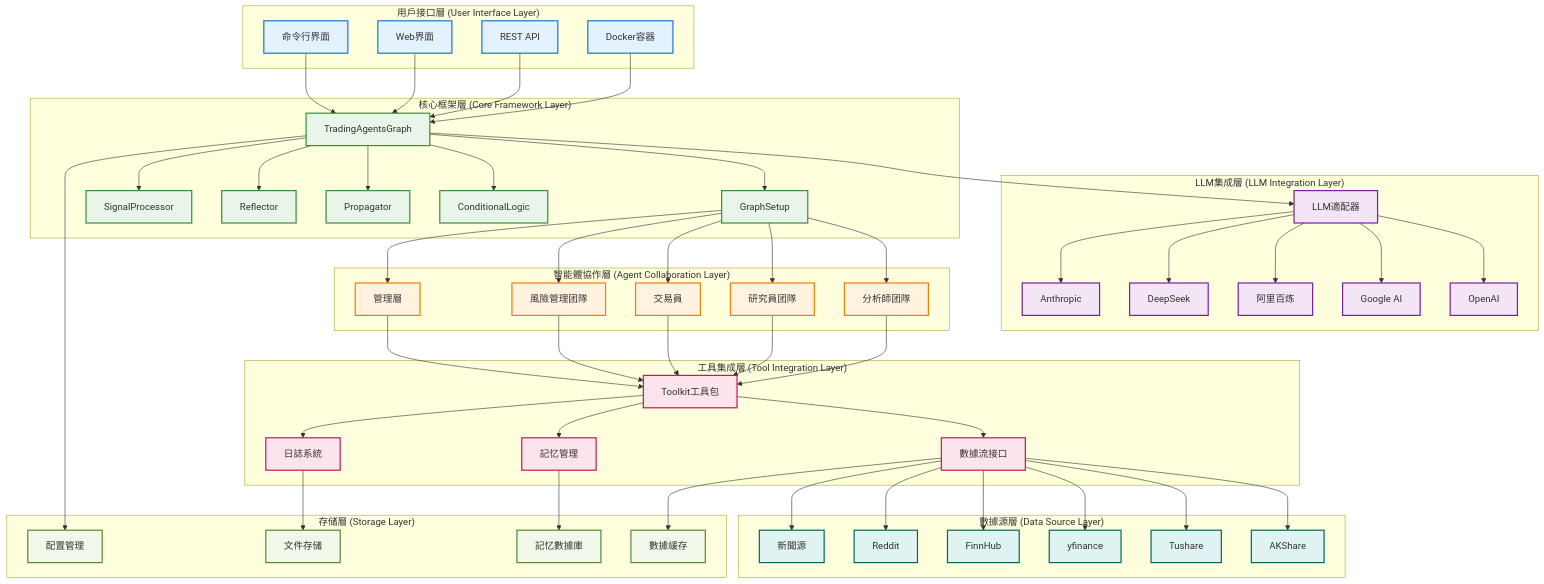
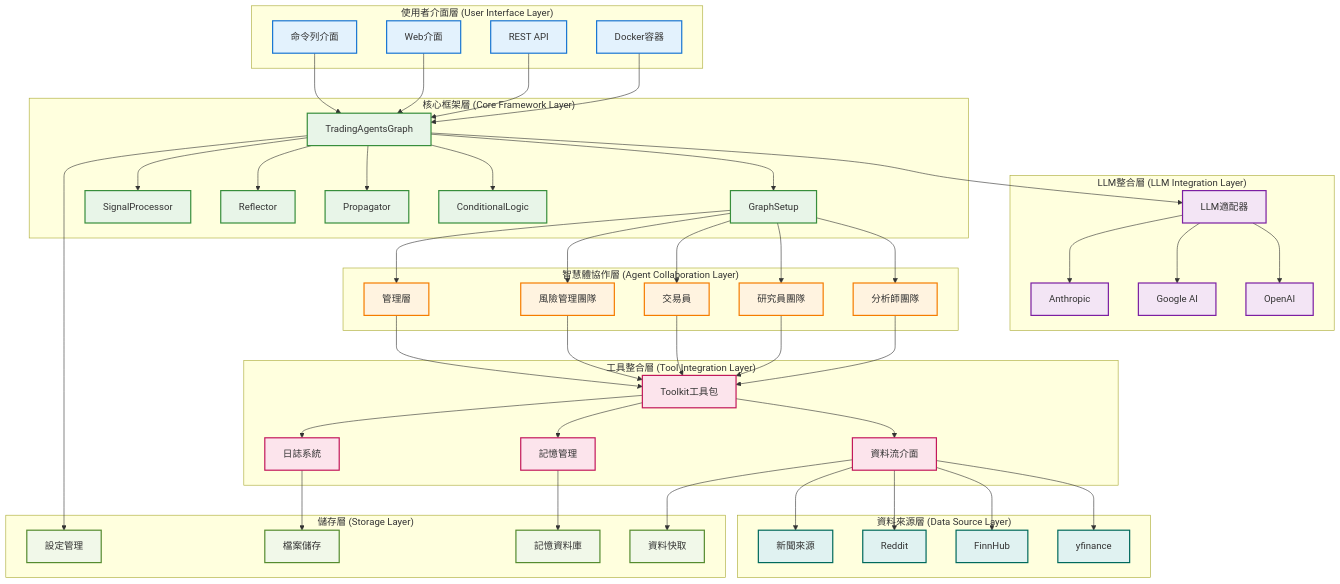
Before and after one commit to aiinpocket/TradingAgents-CN: the first of 2 diagrams in docs/architecture/v0.1.13/system-architecture.md, drawn with Mermaid. The commit also changed other lines of this file and 277 other files, not shown here.

````diff
--- a/docs/architecture/v0.1.13/system-architecture.md
+++ b/docs/architecture/v0.1.13/system-architecture.md
@@ -20,21 +20,19 @@
 ```mermaid
 graph TB
-    subgraph "用戶接口層 (User Interface Layer)"
-        CLI[命令行界面]
-        WEB[Web界面]
+    subgraph "使用者介面層 (User Interface Layer)"
+        CLI[命令列介面]
+        WEB[Web介面]
         API[REST API]
         DOCKER[Docker容器]
     end
-    
-    subgraph "LLM集成層 (LLM Integration Layer)"
+
+    subgraph "LLM整合層 (LLM Integration Layer)"
         OPENAI[OpenAI]
         GOOGLE[Google AI]
-        DASHSCOPE[阿里百炼]
-        DEEPSEEK[DeepSeek]
         ANTHROPIC[Anthropic]
         ADAPTERS[LLM適配器]
     end
-    
+
     subgraph "核心框架層 (Core Framework Layer)"
         GRAPH[TradingAgentsGraph]
         SETUP[GraphSetup]
@@ -43,85 +41,79 @@
         REFLECTOR[Reflector]
         SIGNAL[SignalProcessor]
     end
-    
-    subgraph "智能體協作層 (Agent Collaboration Layer)"
-        ANALYSTS[分析師团隊]
-        RESEARCHERS[研究員团隊]
+
+    subgraph "智慧體協作層 (Agent Collaboration Layer)"
+        ANALYSTS[分析師團隊]
+        RESEARCHERS[研究員團隊]
         TRADER[交易員]
-        RISKMGMT[風險管理团隊]
+        RISKMGMT[風險管理團隊]
         MANAGERS[管理層]
     end
-    
-    subgraph "工具集成層 (Tool Integration Layer)"
+
+    subgraph "工具整合層 (Tool Integration Layer)"
         TOOLKIT[Toolkit工具包]
-        DATAFLOW[數據流接口]
-        MEMORY[記忆管理]
+        DATAFLOW[資料流介面]
+        MEMORY[記憶管理]
         LOGGING[日誌系統]
     end
-    
-    subgraph "數據源層 (Data Source Layer)"
-        AKSHARE[AKShare]
-        TUSHARE[Tushare]
+
+    subgraph "資料來源層 (Data Source Layer)"
         YFINANCE[yfinance]
         FINNHUB[FinnHub]
         REDDIT[Reddit]
-        NEWS[新聞源]
+        NEWS[新聞來源]
     end
-    
-    subgraph "存储層 (Storage Layer)"
-        CACHE[數據緩存]
-        FILES[文件存储]
-        MEMORY_DB[記忆數據庫]
-        CONFIG[配置管理]
+
+    subgraph "儲存層 (Storage Layer)"
+        CACHE[資料快取]
+        FILES[檔案儲存]
+        MEMORY_DB[記憶資料庫]
+        CONFIG[設定管理]
     end
-    
-    %% 連接關系
+
+    %% 連接關係
     CLI --> GRAPH
     WEB --> GRAPH
     API --> GRAPH
     DOCKER --> GRAPH
-    
+
     GRAPH --> ADAPTERS
     ADAPTERS --> OPENAI
     ADAPTERS --> GOOGLE
-    ADAPTERS --> DASHSCOPE
-    ADAPTERS --> DEEPSEEK
     ADAPTERS --> ANTHROPIC
-    
+
     GRAPH --> SETUP
     GRAPH --> CONDITIONAL
     GRAPH --> PROPAGATOR
     GRAPH --> REFLECTOR
     GRAPH --> SIGNAL
-    
+
     SETUP --> ANALYSTS
     SETUP --> RESEARCHERS
     SETUP --> TRADER
     SETUP --> RISKMGMT
     SETUP --> MANAGERS
-    
+
     ANALYSTS --> TOOLKIT
     RESEARCHERS --> TOOLKIT
     TRADER --> TOOLKIT
     RISKMGMT --> TOOLKIT
     MANAGERS --> TOOLKIT
-    
+
     TOOLKIT --> DATAFLOW
     TOOLKIT --> MEMORY
     TOOLKIT --> LOGGING
-    
-    DATAFLOW --> AKSHARE
-    DATAFLOW --> TUSHARE
+
     DATAFLOW --> YFINANCE
     DATAFLOW --> FINNHUB
     DATAFLOW --> REDDIT
     DATAFLOW --> NEWS
-    
+
     DATAFLOW --> CACHE
     MEMORY --> MEMORY_DB
     LOGGING --> FILES
     GRAPH --> CONFIG
-    
+
     %% 樣式定義
     classDef uiLayer fill:#e3f2fd,stroke:#1976d2,stroke-width:2px
     classDef llmLayer fill:#f3e5f5,stroke:#7b1fa2,stroke-width:2px
@@ -130,12 +122,12 @@
     classDef toolLayer fill:#fce4ec,stroke:#c2185b,stroke-width:2px
     classDef dataLayer fill:#e0f2f1,stroke:#00695c,stroke-width:2px
     classDef storageLayer fill:#f1f8e9,stroke:#558b2f,stroke-width:2px
-    
+
     class CLI,WEB,API,DOCKER uiLayer
-    class OPENAI,GOOGLE,DASHSCOPE,DEEPSEEK,ANTHROPIC,ADAPTERS llmLayer
+    class OPENAI,GOOGLE,ANTHROPIC,ADAPTERS llmLayer
     class GRAPH,SETUP,CONDITIONAL,PROPAGATOR,REFLECTOR,SIGNAL coreLayer
     class ANALYSTS,RESEARCHERS,TRADER,RISKMGMT,MANAGERS agentLayer
     class TOOLKIT,DATAFLOW,MEMORY,LOGGING toolLayer
-    class AKSHARE,TUSHARE,YFINANCE,FINNHUB,REDDIT,NEWS dataLayer
+    class YFINANCE,FINNHUB,REDDIT,NEWS dataLayer
     class CACHE,FILES,MEMORY_DB,CONFIG storageLayer
 ```
````
